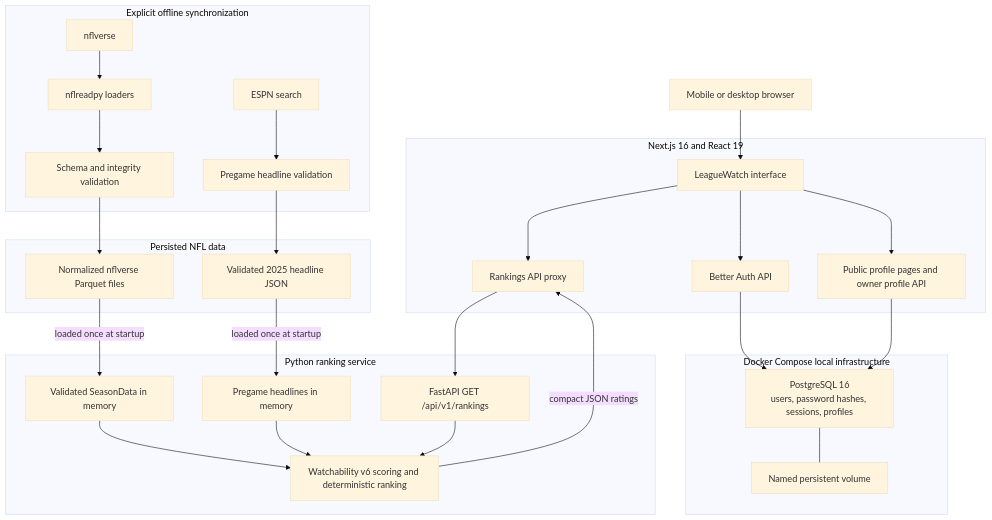
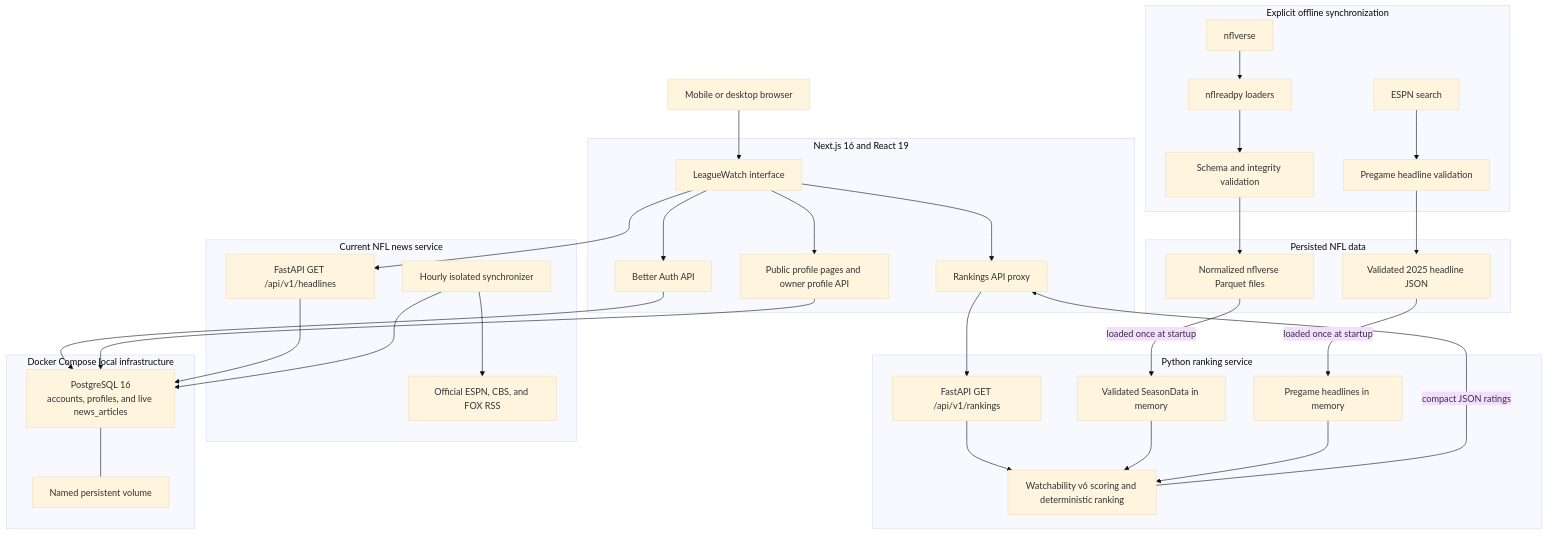
The diagram in README.md (SamarthaB10/Nfl_assistant), drawn with Mermaid (base theme) before and after one commit. The commit also changed other lines of this file and 4 other files, not shown here.

Commit message:
docs(news): document live headline pipeline

````diff
--- a/README.md
+++ b/README.md
@@ -262,59 +326,70 @@
 ```mermaid
 flowchart TB
     USER["Mobile or desktop browser"]
 
     subgraph WEB["Next.js 16 and React 19"]
         UI["LeagueWatch interface"]
         RANK_PROXY["Rankings API proxy"]
         AUTH["Better Auth API"]
         PROFILE["Public profile pages and owner profile API"]
     end
 
     subgraph RANKING["Python ranking service"]
         API["FastAPI GET /api/v1/rankings"]
         ENGINE["Watchability v6 scoring and deterministic ranking"]
         SEASON["Validated SeasonData in memory"]
         HEADLINE_LOOKUP["Pregame headlines in memory"]
     end
 
+    subgraph LIVE_NEWS["Current NFL news service"]
+        NEWS_API["FastAPI GET /api/v1/headlines"]
+        SCHEDULER["Hourly isolated synchronizer"]
+        FEEDS["Official ESPN, CBS, and FOX RSS"]
+    end
+
     subgraph LOCAL_DATA["Persisted NFL data"]
         PARQUET["Normalized nflverse Parquet files"]
         HEADLINE_JSON["Validated 2025 headline JSON"]
     end
 
     subgraph DOCKER["Docker Compose local infrastructure"]
-        POSTGRES["PostgreSQL 16<br/>users, password hashes, sessions, profiles"]
+        POSTGRES["PostgreSQL 16<br/>accounts, profiles, and live news_articles"]
         VOLUME["Named persistent volume"]
     end
 
     subgraph SYNC["Explicit offline synchronization"]
         NFLVERSE["nflverse"]
         NFLREADPY["nflreadpy loaders"]
         VALIDATE["Schema and integrity validation"]
         ESPN["ESPN search"]
         FILTER["Pregame headline validation"]
     end
 
     USER --> UI
     UI --> RANK_PROXY
     RANK_PROXY --> API
     API --> ENGINE
     ENGINE -->|"compact JSON ratings"| RANK_PROXY
 
     UI --> AUTH
     UI --> PROFILE
     AUTH --> POSTGRES
     PROFILE --> POSTGRES
     POSTGRES --- VOLUME
 
     PARQUET -->|"loaded once at startup"| SEASON
     HEADLINE_JSON -->|"loaded once at startup"| HEADLINE_LOOKUP
     SEASON --> ENGINE
     HEADLINE_LOOKUP --> ENGINE
 
+    UI --> NEWS_API
+    NEWS_API --> POSTGRES
+    SCHEDULER --> FEEDS
+    SCHEDULER --> POSTGRES
+
     NFLVERSE --> NFLREADPY
     NFLREADPY --> VALIDATE
     VALIDATE --> PARQUET
     ESPN --> FILTER
     FILTER --> HEADLINE_JSON
 ```
````
